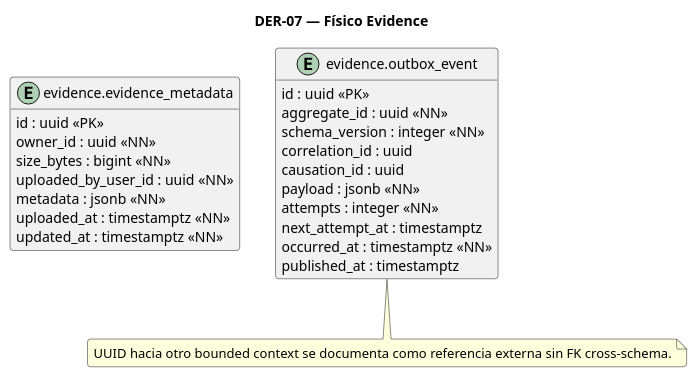
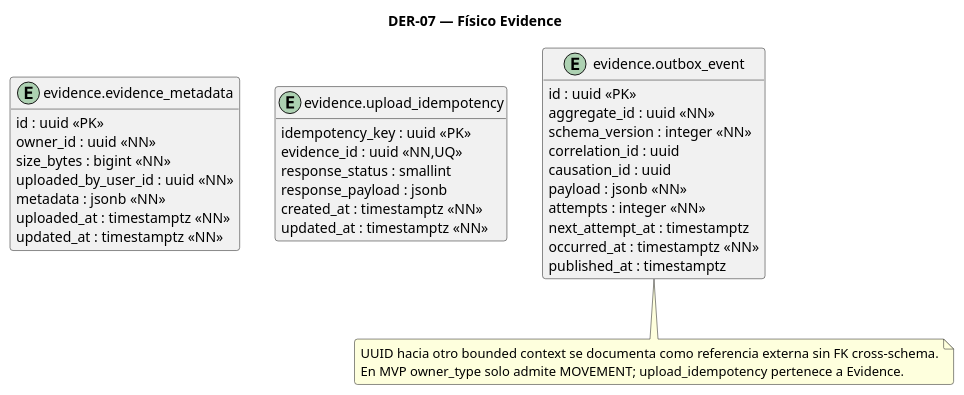
One commit to Emma3TC-main/siga-documentation changed the diagram in SIGA_Documentacion_Tecnica_Final_v1.2/diagramas/datos/DER_07_Fisico_Evidence.puml. Above: the diagram before and after it, drawn with PlantUML. The commit also changed 40 other files, not shown here.

```diff
--- a/SIGA_Documentacion_Tecnica_Final_v1.2/diagramas/datos/DER_07_Fisico_Evidence.puml
+++ b/SIGA_Documentacion_Tecnica_Final_v1.2/diagramas/datos/DER_07_Fisico_Evidence.puml
@@ -1,41 +1,52 @@
 @startuml
 skinparam shadowing false
 skinparam roundcorner 6
 skinparam defaultFontName Arial
 hide methods
 title DER-07 — Físico Evidence
 entity "evidence.evidence_metadata" as t_evidence_metadata {
  id : uuid <<PK>>
  owner_type : varchar(30) <<NN>>
  owner_id : uuid <<NN>>
  object_key : varchar(500) <<NN,UQ>>
  original_filename : varchar(255) <<NN>>
  content_type : varchar(120) <<NN>>
  size_bytes : bigint <<NN>>
  sha256 : char(64) <<NN>>
  storage_provider : varchar(30) <<NN>>
  uploaded_by_user_id : uuid <<NN>>
  status : varchar(30) <<NN>>
  metadata : jsonb <<NN>>
  uploaded_at : timestamptz <<NN>>
  updated_at : timestamptz <<NN>>
 }
+entity "evidence.upload_idempotency" as t_upload_idempotency {
+ idempotency_key : uuid <<PK>>
+ request_hash : char(64) <<NN>>
+ evidence_id : uuid <<NN,UQ>>
+ status : varchar(20) <<NN>>
+ response_status : smallint
+ response_payload : jsonb
+ created_at : timestamptz <<NN>>
+ updated_at : timestamptz <<NN>>
+}
 entity "evidence.outbox_event" as t_outbox_event {
  id : uuid <<PK>>
  aggregate_type : varchar(80) <<NN>>
  aggregate_id : uuid <<NN>>
  event_type : varchar(120) <<NN>>
  schema_version : integer <<NN>>
  correlation_id : uuid
  causation_id : uuid
  payload : jsonb <<NN>>
  status : varchar(20) <<NN>>
  attempts : integer <<NN>>
  next_attempt_at : timestamptz
  occurred_at : timestamptz <<NN>>
  published_at : timestamptz
 }
 note bottom
 UUID hacia otro bounded context se documenta como referencia externa sin FK cross-schema.
+En MVP owner_type solo admite MOVEMENT; upload_idempotency pertenece a Evidence.
 end note
 @enduml
```
